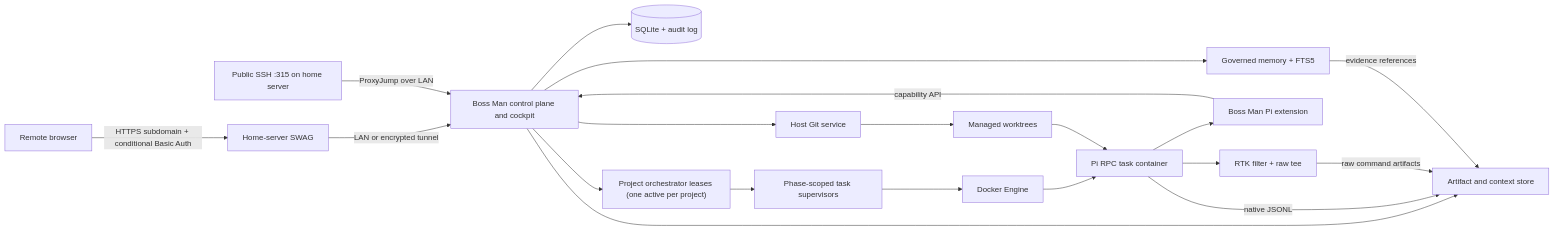
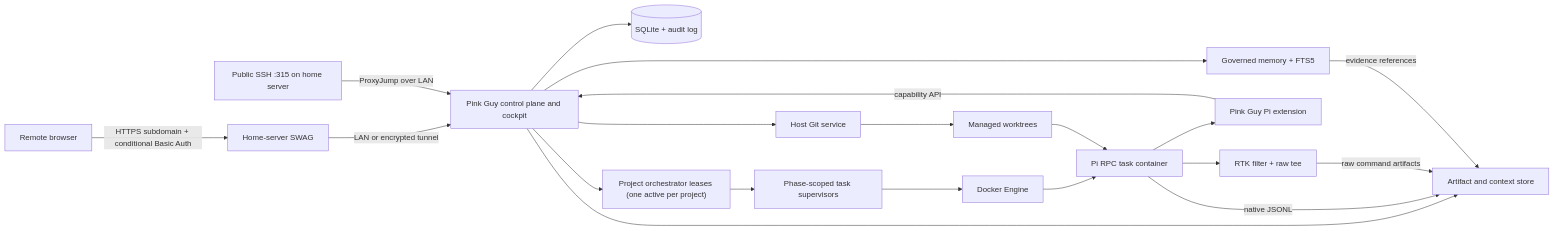
One commit to weblue/pink-guy changed the first of 3 diagrams in docs/architecture/TECH.md. Above: the diagram before and after it, drawn with Mermaid. The commit also changed other lines of this file and 74 other files, not shown here.

````diff
--- a/docs/architecture/TECH.md
+++ b/docs/architecture/TECH.md
@@ -36,22 +36,22 @@
 ```mermaid
 flowchart LR
     U["Remote browser"] -->|"HTTPS subdomain + conditional Basic Auth"| SWAG["Home-server SWAG"]
-    SWAG -->|"LAN or encrypted tunnel"| API["Boss Man control plane and cockpit"]
+    SWAG -->|"LAN or encrypted tunnel"| API["Pink Guy control plane and cockpit"]
     API --> DB[("SQLite + audit log")]
     API --> ORCH["Project orchestrator leases (one active per project)"]
     ORCH --> SUP["Phase-scoped task supervisors"]
     API --> GIT["Host Git service"]
     API --> ART["Artifact and context store"]
     API --> MEM["Governed memory + FTS5"]
     SUP --> D["Docker Engine"]
     D --> C1["Pi RPC task container"]
-    C1 --> EXT["Boss Man Pi extension"]
+    C1 --> EXT["Pink Guy Pi extension"]
     C1 --> RTK["RTK filter + raw tee"]
     EXT -->|"capability API"| API
     C1 -->|"native JSONL"| ART
     RTK -->|"raw command artifacts"| ART
     MEM -->|"evidence references"| ART
     GIT --> WT["Managed worktrees"]
     WT --> C1
     SSH["Public SSH :315 on home server"] -->|"ProxyJump over LAN"| API
 ```
````
